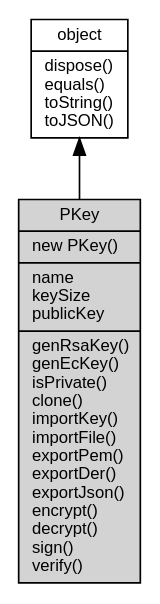
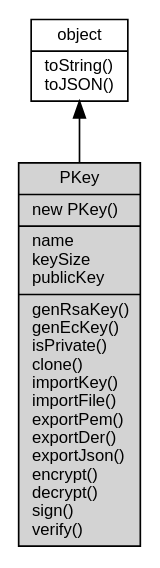
One commit to asionius/fibjs-ceph changed the diagram in docs/object/ifs/PKey.md. Above: the diagram before and after it, drawn with Graphviz. The commit also changed other lines of this file and 138 other files, not shown here.

````diff
--- a/docs/object/ifs/PKey.md
+++ b/docs/object/ifs/PKey.md
@@ -11,10 +11,10 @@
 ```dot
 digraph {
     node [fontname="Helvetica,sans-Serif", fontsize=10, shape="record", style="filled", fillcolor="white"];
 
-    object [tooltip="object", URL="object.md", label="{object|dispose()\lequals()\ltoString()\ltoJSON()\l}"];
-    PKey [tooltip="PKey", fillcolor="lightgray", label="{PKey|new PKey()\l|name\lkeySize\lpublicKey\l|genRsaKey()\lgenEcKey()\lisPrivate()\lclone()\limportKey()\limportFile()\lexportPem()\lexportDer()\lexportJson()\lencrypt()\ldecrypt()\lsign()\lverify()\l}"];
+    object [tooltip="object", URL="object.md", label="{object|toString()\ltoJSON()\l}"];
+    PKey [tooltip="PKey", fillcolor="lightgray", id="me", label="{PKey|new PKey()\l|name\lkeySize\lpublicKey\l|genRsaKey()\lgenEcKey()\lisPrivate()\lclone()\limportKey()\limportFile()\lexportPem()\lexportDer()\lexportJson()\lencrypt()\ldecrypt()\lsign()\lverify()\l}"];
 
     object -> PKey [dir=back];
 }
 ```
````
